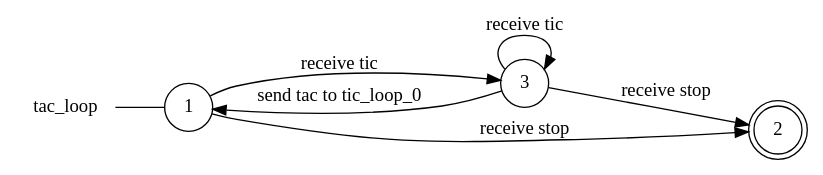
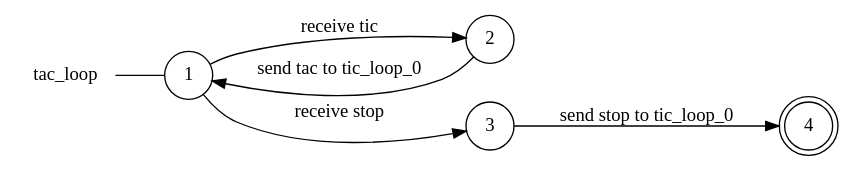
The diagram in examples/ticktack/tac_loop_local_view.dot (gabrielegenovese/chorer), drawn with Graphviz before and after one commit. The commit also changed 8 other files, not shown here.

```diff
--- a/examples/ticktack/tac_loop_local_view.dot
+++ b/examples/ticktack/tac_loop_local_view.dot
@@ -1,14 +1,14 @@
 digraph tac_loop {
 	rankdir="LR";
 	n_0 [label="tac_loop", shape="plaintext"];
 	n_1 [id="1", shape=circle, label="1"];
 	n_0 -> n_1 [arrowhead=none];
-	n_2 [id="4", shape=circle, label="3"];
-	n_3 [id="3", shape=doublecircle, label="2"];
+	n_2 [id="2", shape=circle, label="2"];
+	n_3 [id="4", shape=circle, label="3"];
+	n_4 [id="3", shape=doublecircle, label="4"];
 
-	n_2 -> n_1 [id="[$e|7]", label="send tac to tic_loop_0"];
-	n_2 -> n_2 [id="[$e|2]", label="receive tic"];
-	n_2 -> n_3 [id="[$e|3]", label="receive stop"];
+	n_1 -> n_2 [id="[$e|3]", label="receive tic"];
+	n_2 -> n_1 [id="[$e|6]", label="send tac to tic_loop_0"];
+	n_3 -> n_4 [id="[$e|5]", label="send stop to tic_loop_0"];
 	n_1 -> n_3 [id="[$e|4]", label="receive stop"];
-	n_1 -> n_2 [id="[$e|5]", label="receive tic"];
 }
```
